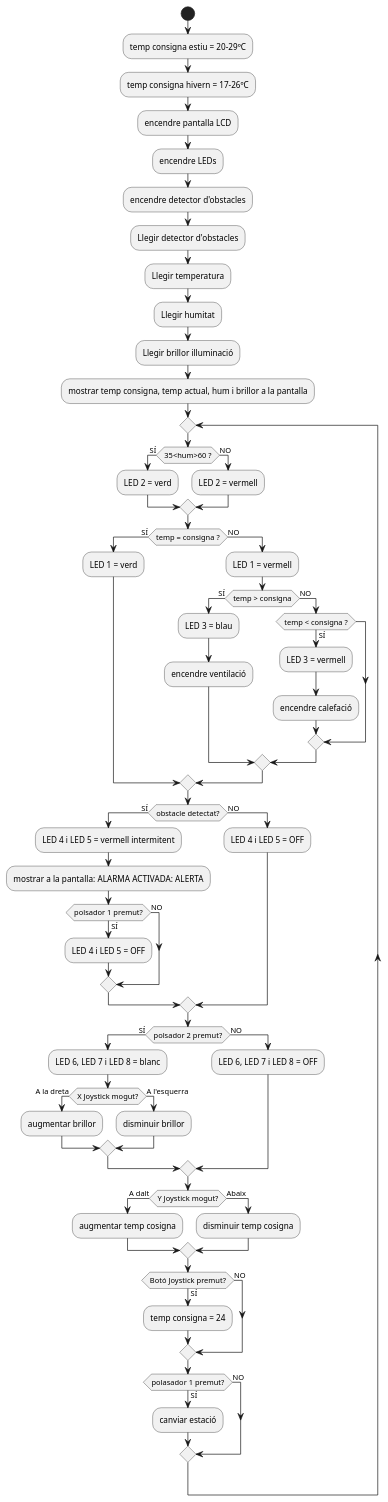
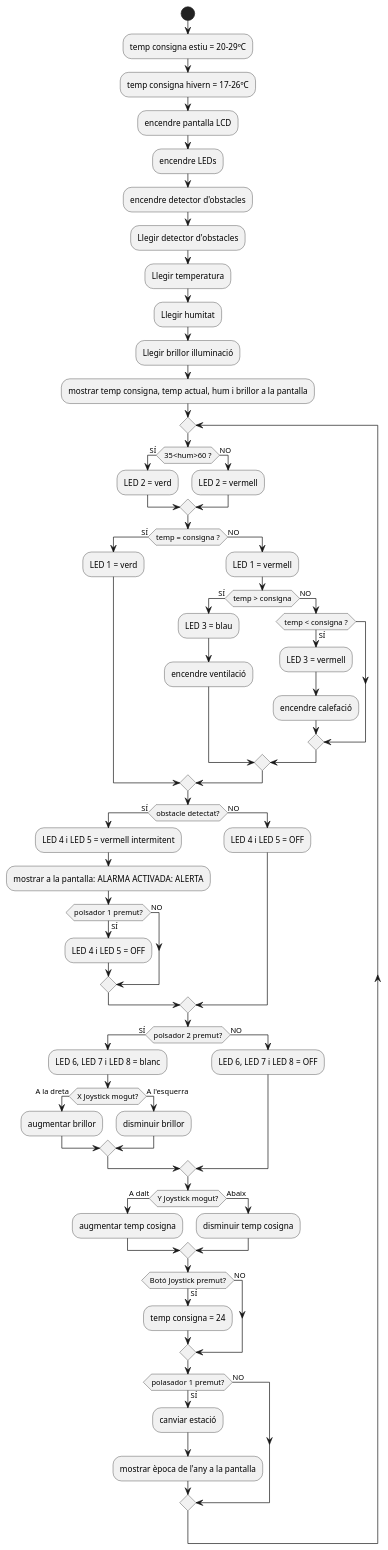
One commit to alex-touza/casa-domotica changed the diagram in diagrams/flux.puml. Above: the diagram before and after it, drawn with PlantUML.

```diff
--- a/diagrams/flux.puml
+++ b/diagrams/flux.puml
@@ -1,67 +1,68 @@
 @startuml
 Start;
 :temp consigna estiu = 20-29ºC;
 :temp consigna hivern = 17-26ºC;
 :encendre pantalla LCD;
 :encendre LEDs;
 :encendre detector d'obstacles;
 :Llegir detector d'obstacles;
 :Llegir temperatura;
 :Llegir humitat;
 :Llegir brillor illuminació;
 :mostrar temp consigna, temp actual, hum i brillor a la pantalla;
 repeat
 if (35<hum>60 ?) then (SÍ)
  :LED 2 = verd;
  else (NO)
  :LED 2 = vermell;
 endif
 if (temp = consigna ?) then (SÍ)
  :LED 1 = verd;
  else (NO)
  :LED 1 = vermell;
 if (temp > consigna) then (SÍ)
   :LED 3 = blau;
   :encendre ventilació;
   else (NO)
    if (temp < consigna ?) then (SÍ)
    :LED 3 = vermell;
    :encendre calefació;
 endif
 endif
 endif
 if (obstacle detectat?) then (SÍ)
  :LED 4 i LED 5 = vermell intermitent;
  :mostrar a la pantalla: ALARMA ACTIVADA: ALERTA;
  if (polsador 1 premut?) then (SÍ)
   :LED 4 i LED 5 = OFF;
   else (NO)
  endif
  else (NO)
  :LED 4 i LED 5 = OFF;
 endif
 if (polsador 2 premut?) then (SÍ)
  :LED 6, LED 7 i LED 8 = blanc;
   if (X Joystick mogut?) then (A la dreta)
   :augmentar brillor;
   else (A l'esquerra)
   :disminuir brillor;
   endif
  else (NO)
  :LED 6, LED 7 i LED 8 = OFF;
 endif
 if (Y Joystick mogut?) then (A dalt)
  :augmentar temp cosigna;
 else (Abaix)
  :disminuir temp cosigna;
 endif
 if (Botó Joystick premut?) then (SÍ)
  :temp consigna = 24;
 else (NO)
 endif
 if (polasador 1 premut?) then (SÍ)
  :canviar estació;
+ :mostrar època de l'any a la pantalla;
 else (NO)
 endif
 
 @enduml
```
